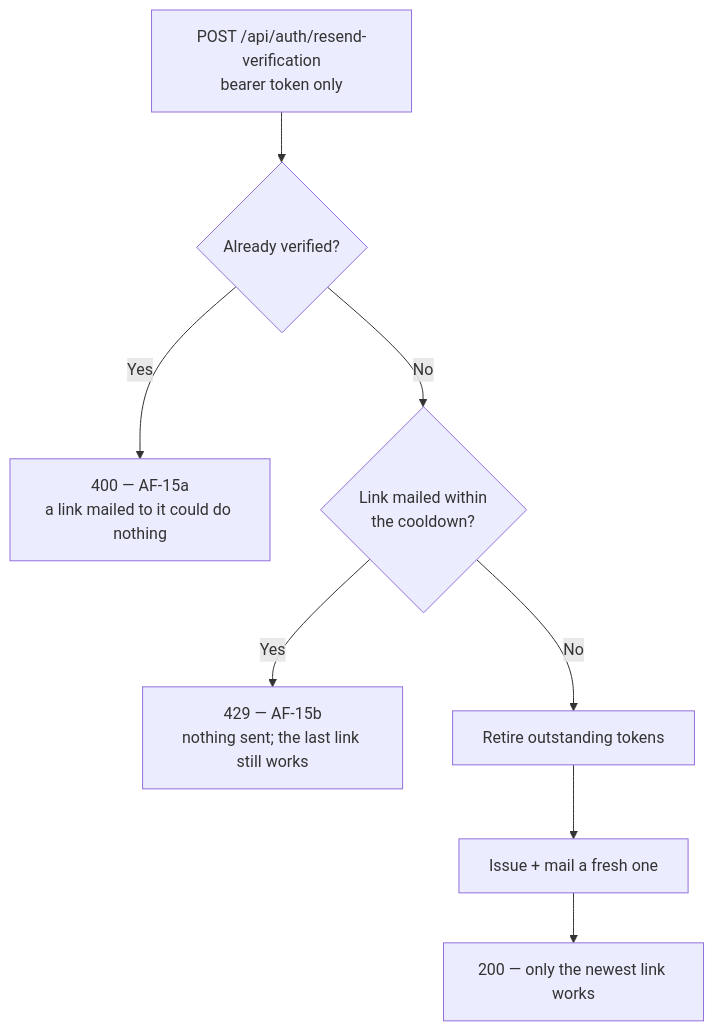
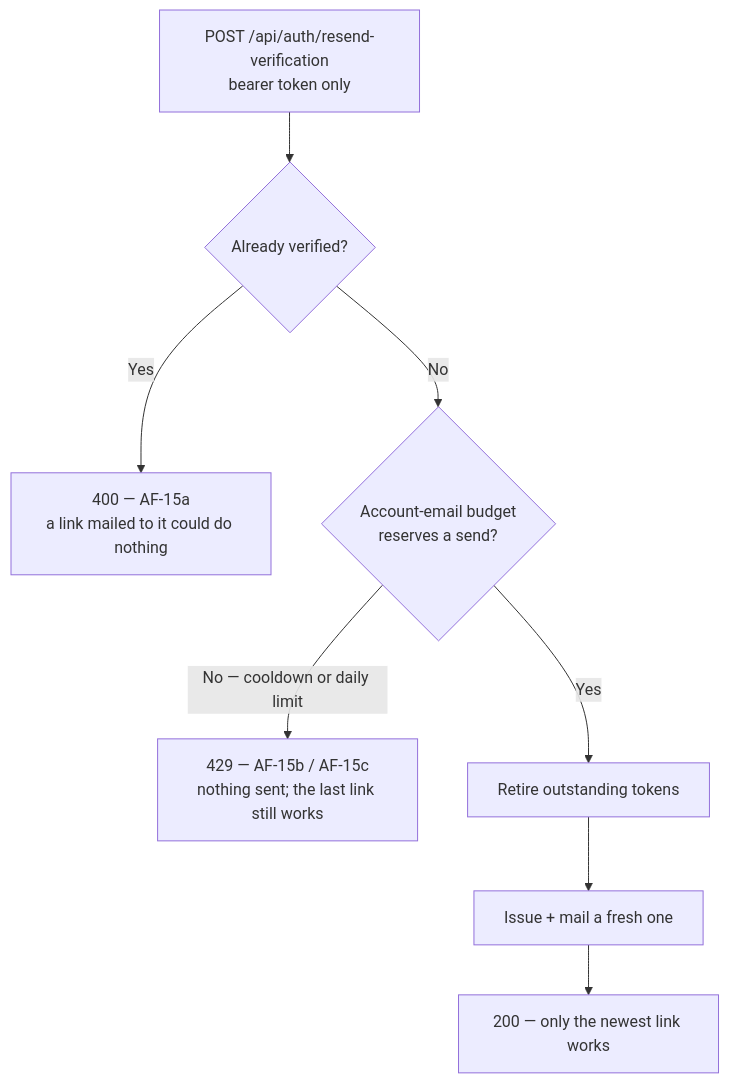
One commit to artur-rios/heimdall-api changed the third of 3 diagrams in docs/content/en/docs/flows/person-onboarding.md. Above: the diagram before and after it, drawn with Mermaid. The commit also changed other lines of this file and 13 other files, not shown here.

First line of the commit message:
docs: describe the account email budget

````diff
--- a/docs/content/en/docs/flows/person-onboarding.md
+++ b/docs/content/en/docs/flows/person-onboarding.md
@@ -94,10 +94,10 @@
 ```mermaid
 flowchart TD
     A[POST /api/auth/resend-verification<br/>bearer token only] --> B{Already verified?}
     B -->|Yes| C["400 — AF-15a<br/>a link mailed to it could do nothing"]
-    B -->|No| G{Link mailed within<br/>the cooldown?}
-    G -->|Yes| H["429 — AF-15b<br/>nothing sent; the last link still works"]
-    G -->|No| D[Retire outstanding tokens]
+    B -->|No| G{Account-email budget<br/>reserves a send?}
+    G -->|"No — cooldown or daily limit"| H["429 — AF-15b / AF-15c<br/>nothing sent; the last link still works"]
+    G -->|Yes| D[Retire outstanding tokens]
     D --> E[Issue + mail a fresh one]
     E --> F[200 — only the newest link works]
 ```
````
